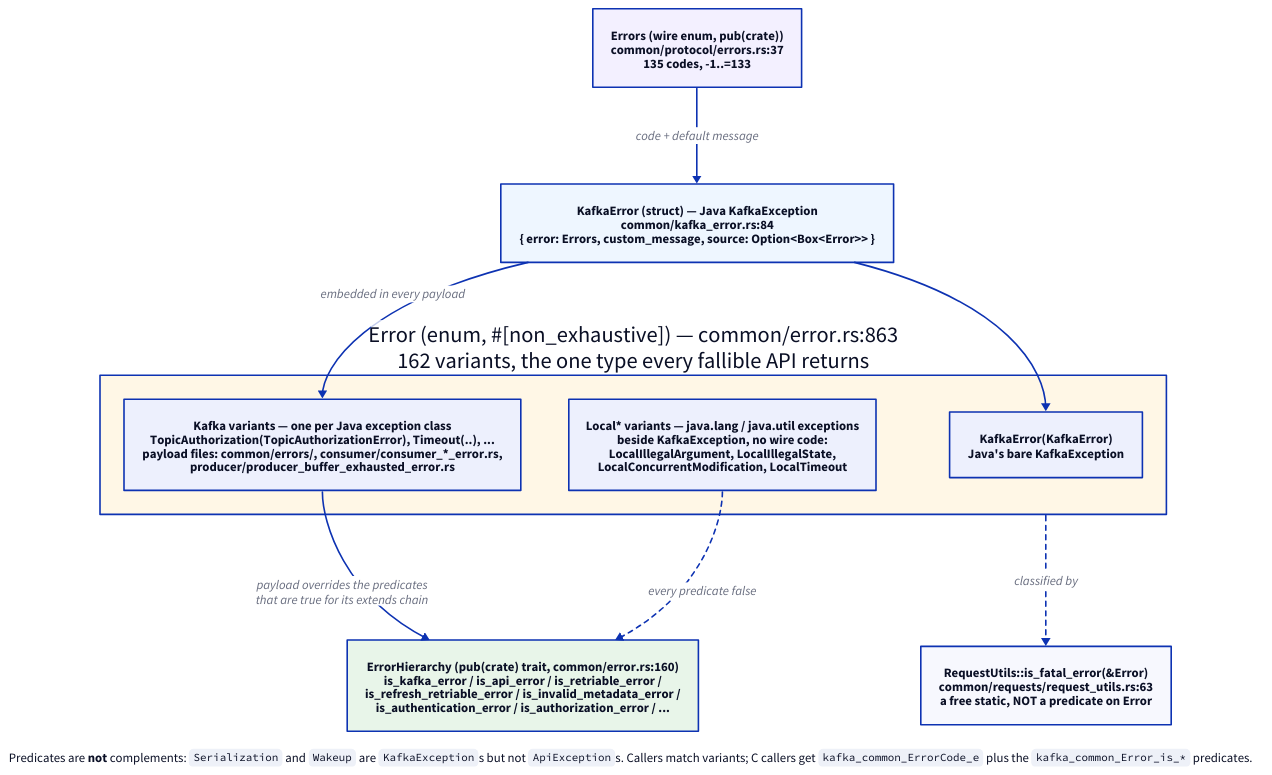
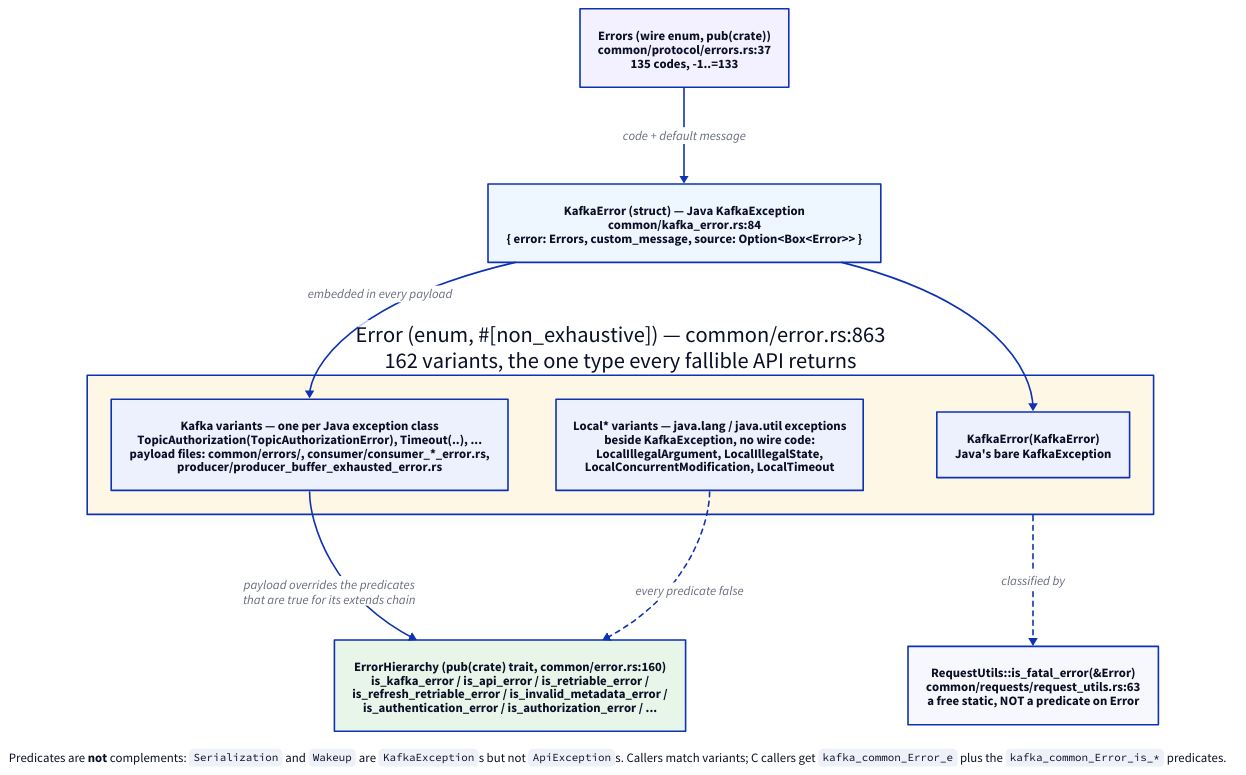
One commit to confluentinc/kafka-clients changed the diagram in design/current/img/error-types.d2. Above: the diagram before and after it, drawn with D2. The commit also changed 191 other files, not shown here.

First line of the commit message:
ffi: name the error class enum kafka_common_Error_e, read by kafka_common_Error__enum

```diff
--- a/design/current/img/error-types.d2
+++ b/design/current/img/error-types.d2
@@ -1,47 +1,47 @@
 # The error type structure.
 #
 # Source of truth for design/current/img/error-types.svg.
 # Render with: make -C design/current d2
 #
 # The point of this diagram: Java's exception *hierarchy* is flattened into
 # one `Error` enum with one variant per Java exception class; each payload
 # struct embeds the `KafkaError` base, and the Java `extends` chain survives
 # only as the `is_*_error()` predicates each payload overrides.
 
 direction: down
 
 errors: "Errors (wire enum, pub(crate))\ncommon/protocol/errors.rs:37\n135 codes, -1..=133" {
   style.fill: "#f3f0ff"
 }
 
 base: "KafkaError (struct) — Java KafkaException\ncommon/kafka_error.rs:84\n{ error: Errors, custom_message, source: Option<Box<Error>> }" {
   style.fill: "#eef6ff"
 }
 
 enum: "Error (enum, #[non_exhaustive]) — common/error.rs:863\n162 variants, the one type every fallible API returns" {
   style.fill: "#fff7e6"
 
   kafka: "Kafka variants — one per Java exception class\nTopicAuthorization(TopicAuthorizationError), Timeout(..), ...\npayload files: common/errors/, consumer/consumer_*_error.rs,\nproducer/producer_buffer_exhausted_error.rs"
   bare: "KafkaError(KafkaError)\nJava's bare KafkaException"
   local: "Local* variants — java.lang / java.util exceptions\nbeside KafkaException, no wire code:\nLocalIllegalArgument, LocalIllegalState,\nLocalConcurrentModification, LocalTimeout"
 }
 
 hier: "ErrorHierarchy (pub(crate) trait, common/error.rs:160)\nis_kafka_error / is_api_error / is_retriable_error /\nis_refresh_retriable_error / is_invalid_metadata_error /\nis_authentication_error / is_authorization_error / ..." {
   style.fill: "#e8f5e9"
 }
 
 fatal: "RequestUtils::is_fatal_error(&Error)\ncommon/requests/request_utils.rs:63\na free static, NOT a predicate on Error"
 
 errors -> base: "code + default message"
 base -> enum.kafka: "embedded in every payload"
 base -> enum.bare
 enum.kafka -> hier: "payload overrides the predicates\nthat are true for its extends chain"
 enum.local -> hier: "every predicate false" {style.stroke-dash: 3}
 enum -> fatal: "classified by" {style.stroke-dash: 3}
 
 note: |md
   Predicates are **not** complements: `Serialization` and `Wakeup` are
   `KafkaException`s but not `ApiException`s. Callers match variants;
-  C callers get `kafka_common_ErrorCode_e` plus the `kafka_common_Error_is_*`
+  C callers get `kafka_common_Error_e` plus the `kafka_common_Error_is_*`
   predicates.
 | {near: bottom-center}
```
